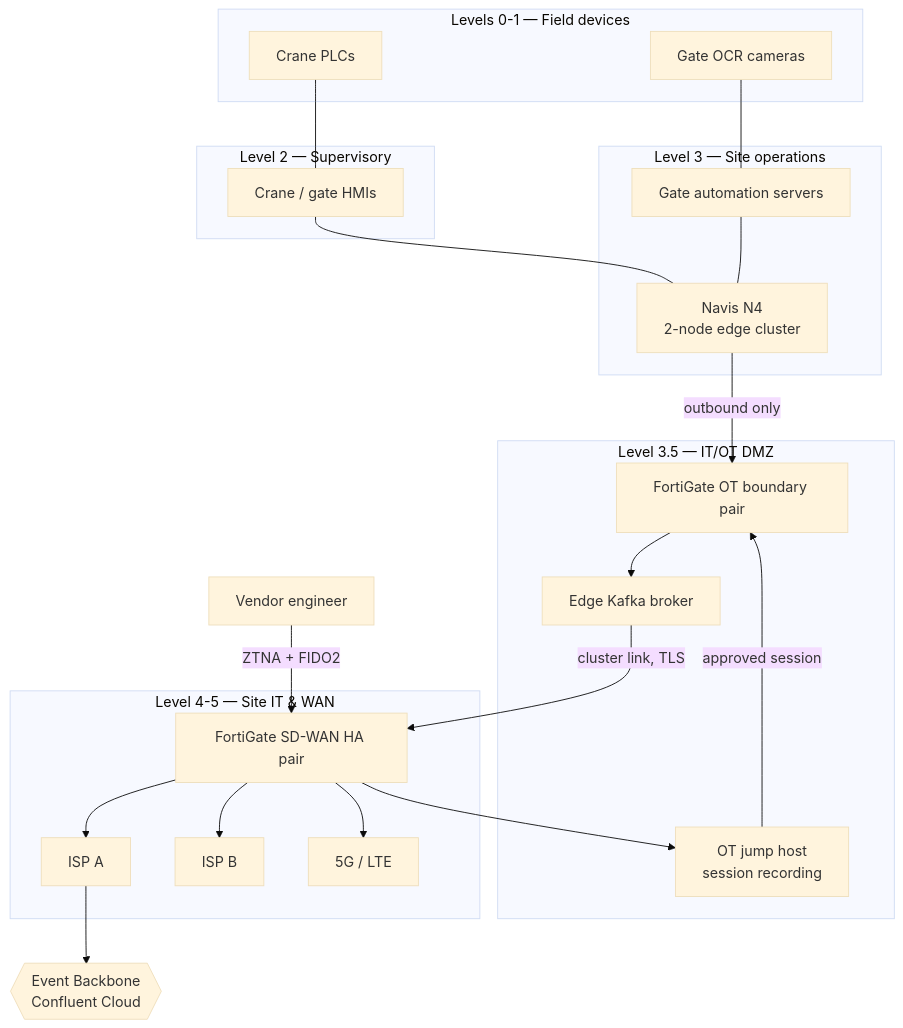
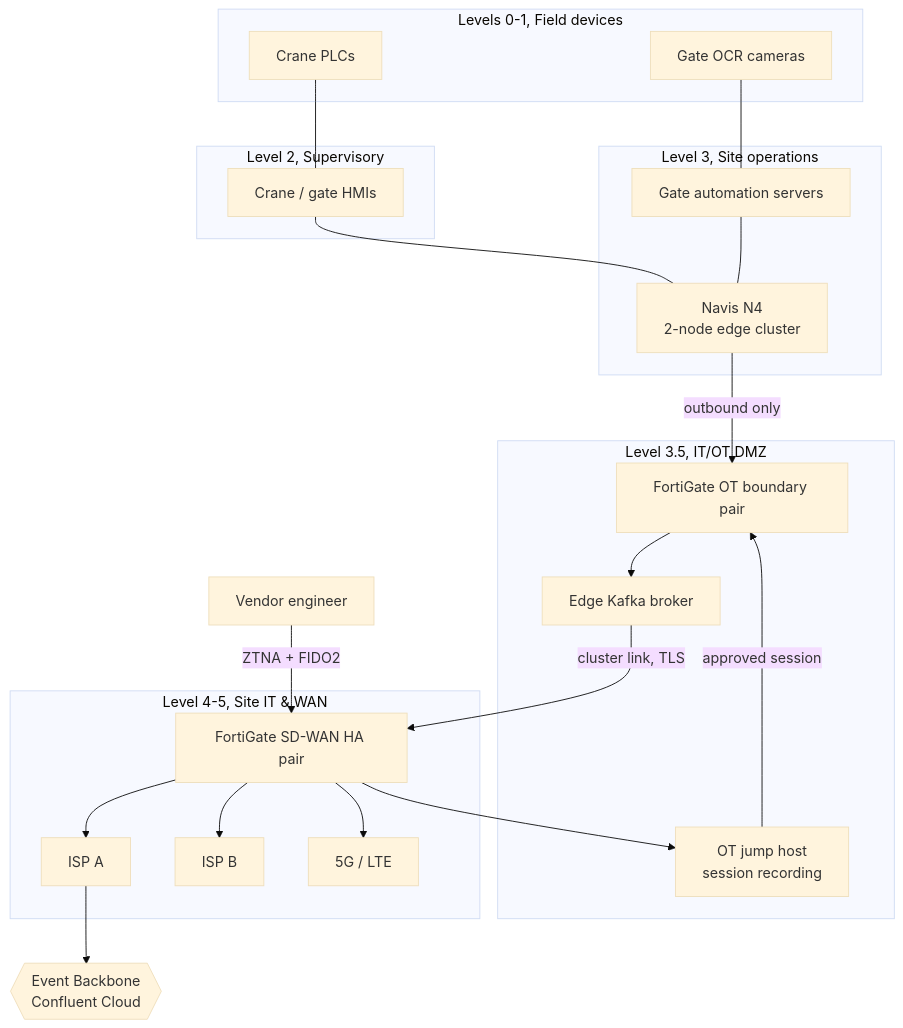
The diagram in 01-ea-knowledge-assistant/data/corpus/reference-architectures/RA-03-terminal-edge-ot-connectivity.md (MarshalTakavinga/Enterprise-Architecture-AI), drawn with Mermaid (base theme) before and after one commit. The commit also changed other lines of this file and 70 other files, not shown here.

````diff
--- a/01-ea-knowledge-assistant/data/corpus/reference-architectures/RA-03-terminal-edge-ot-connectivity.md
+++ b/01-ea-knowledge-assistant/data/corpus/reference-architectures/RA-03-terminal-edge-ot-connectivity.md
@@ -54,32 +54,32 @@
 ```mermaid
 flowchart TB
-    subgraph L01["Levels 0-1 — Field devices"]
+    subgraph L01["Levels 0-1, Field devices"]
         PLC[Crane PLCs] 
         CAM[Gate OCR cameras]
     end
-    subgraph L2["Level 2 — Supervisory"]
+    subgraph L2["Level 2, Supervisory"]
         HMI[Crane / gate HMIs]
     end
-    subgraph L3["Level 3 — Site operations"]
+    subgraph L3["Level 3, Site operations"]
         N4[Navis N4<br/>2-node edge cluster]
         GATE[Gate automation servers]
     end
-    subgraph DMZ["Level 3.5 — IT/OT DMZ"]
+    subgraph DMZ["Level 3.5, IT/OT DMZ"]
         FWOT[FortiGate OT boundary pair]
         BRK[Edge Kafka broker]
         JH[OT jump host<br/>session recording]
     end
-    subgraph IT["Level 4-5 — Site IT & WAN"]
+    subgraph IT["Level 4-5, Site IT & WAN"]
         FWSD[FortiGate SD-WAN HA pair]
         ISP1[ISP A] 
         ISP2[ISP B]
         G5[5G / LTE]
     end
     PLC --- HMI --- N4
     CAM --- GATE --- N4
     N4 -->|outbound only| FWOT --> BRK
     BRK -->|cluster link, TLS| FWSD
     FWSD --> ISP1 & ISP2 & G5
     ISP1 --> CLOUD{{Event Backbone<br/>Confluent Cloud}}
     Vendor[Vendor engineer] -->|ZTNA + FIDO2| FWSD --> JH -->|approved session| FWOT
 ```
````
